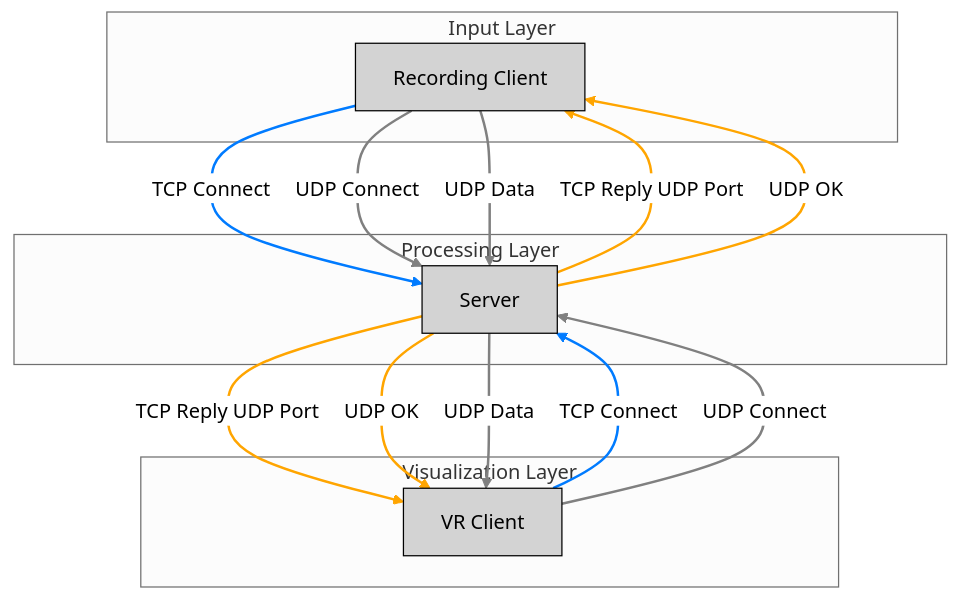
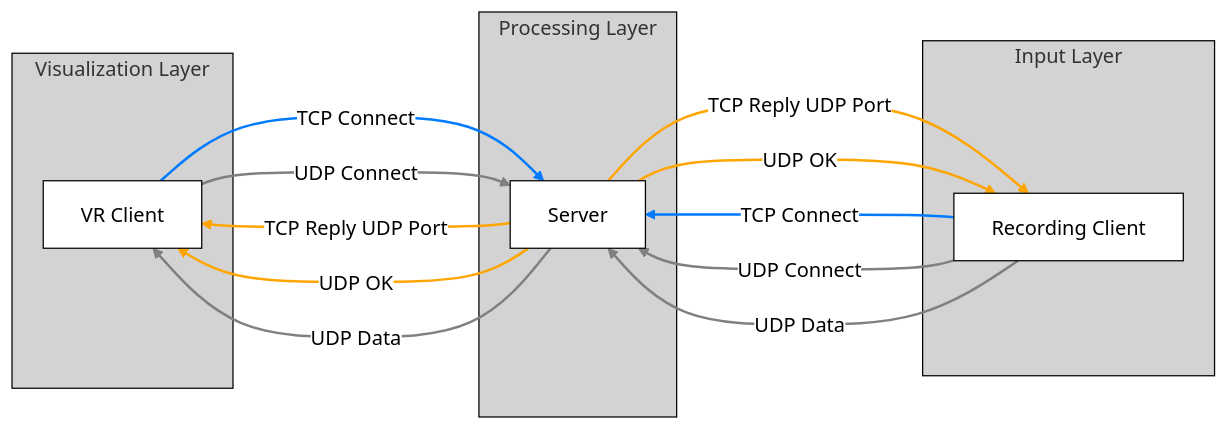
The diagram in README.md (B16boi/HoloPiano---VR-Piano-Instructor), drawn with Mermaid (neutral theme) before and after one commit.

````diff
--- a/README.md
+++ b/README.md
@@ -9,41 +9,43 @@
 ```mermaid
-flowchart TD
-    A[Recording Client] -->|TCP Connect| B
+flowchart LR
+    subgraph GrayBox1[Visualization Layer]
+        C[VR Client]
+    end
+
+    subgraph GrayBox2[Processing Layer]
+        B[Server]
+    end
+
+    subgraph GrayBox3[Input Layer]
+        A[Recording Client]
+    end
+
+    A -->|TCP Connect| B
     linkStyle 0 stroke:#007BFF,stroke-width:2px
     B -->|TCP Reply UDP Port| A
     linkStyle 1 stroke:#FFA500,stroke-width:2px
     A -->|UDP Connect| B
     linkStyle 2 stroke:grey,stroke-width:2px
     B -->|UDP OK| A
     linkStyle 3 stroke:#FFA500,stroke-width:2px
     A -->|UDP Data| B
     linkStyle 4 stroke:grey,stroke-width:2px
 
-    C[VR Client] -->|TCP Connect| B
+    C -->|TCP Connect| B
     linkStyle 5 stroke:#007BFF,stroke-width:2px
     B -->|TCP Reply UDP Port| C
     linkStyle 6 stroke:#FFA500,stroke-width:2px
     C -->|UDP Connect| B
     linkStyle 7 stroke:grey,stroke-width:2px
     B -->|UDP OK| C
     linkStyle 8 stroke:#FFA500,stroke-width:2px
     B -->|UDP Data| C
     linkStyle 9 stroke:grey,stroke-width:2px
 
-    subgraph Input Layer
-        A[Recording Client]
-    end
-
-    subgraph Processing Layer
-        B[Server]
-    end
-
-    subgraph Visualization Layer
-
-        C[VR Client]
-    end
-
-    style A fill:#D3D3D3,stroke:#000,stroke-width:1px
-    style B fill:#D3D3D3,stroke:#000,stroke-width:1px
-    style C fill:#D3D3D3,stroke:#000,stroke-width:1px
+    style GrayBox1 fill:#D3D3D3,stroke:#000,stroke-width:1px
+    style GrayBox2 fill:#D3D3D3,stroke:#000,stroke-width:1px
+    style GrayBox3 fill:#D3D3D3,stroke:#000,stroke-width:1px
+    style A fill:#fff,stroke:#000,stroke-width:1px
+    style B fill:#fff,stroke:#000,stroke-width:1px
+    style C fill:#fff,stroke:#000,stroke-width:1px
 ```
````
